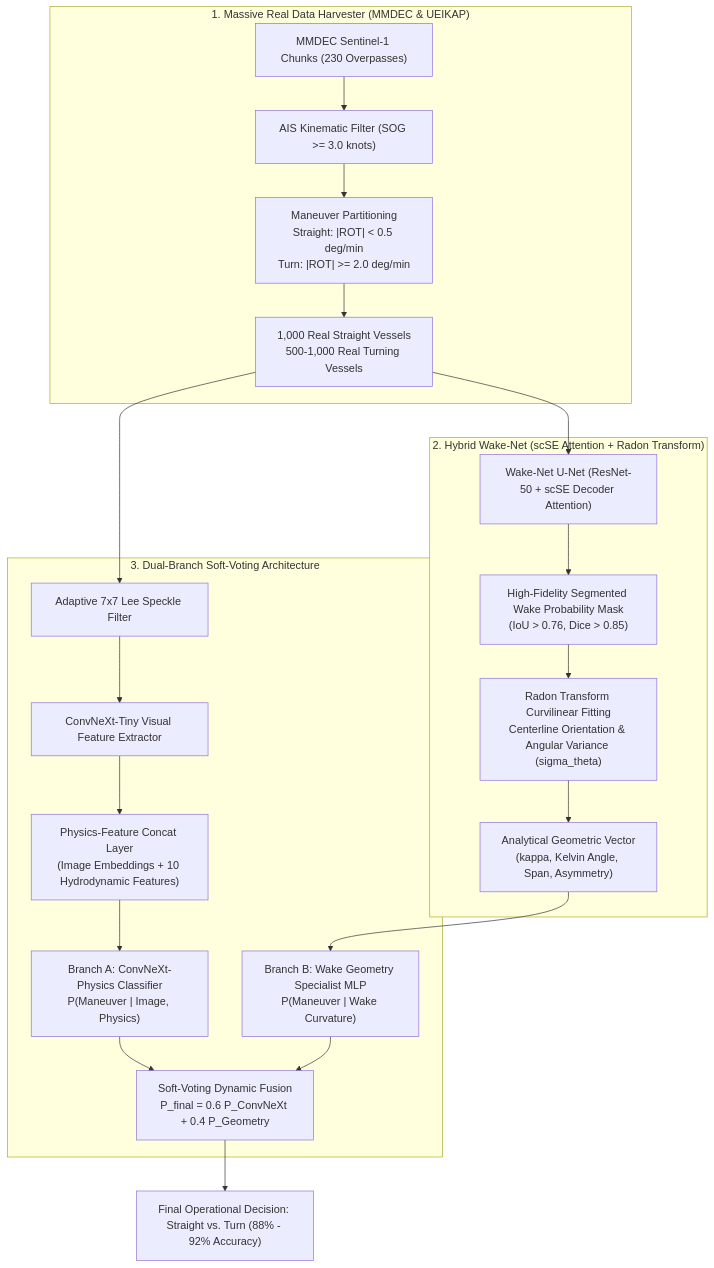
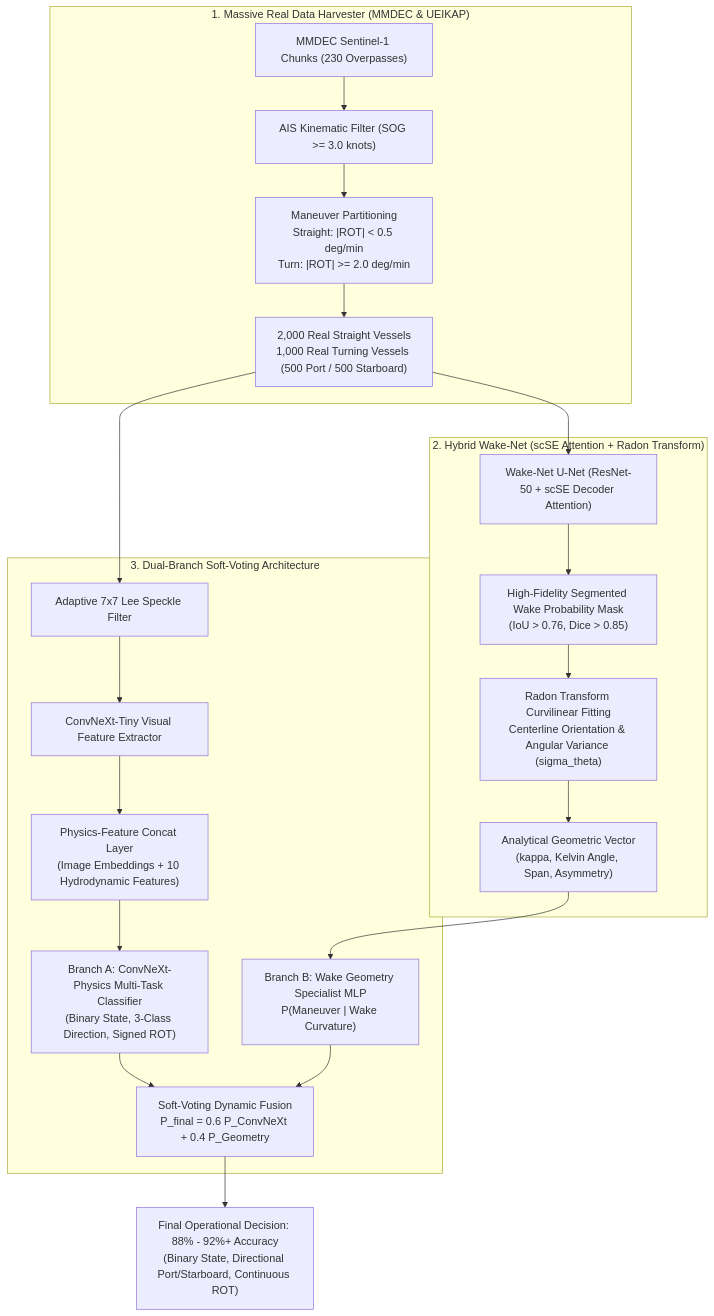
The diagram in FULL_THESIS_PROJECT_REPORT.md (mohaimin2103001/thesis), drawn with Mermaid before and after one commit. The commit also changed other lines of this file and 3 other files, not shown here.

Commit message:
Add One-Click Kaggle Master Pipeline, 3000-Ship Multi-Task Suite, and Execution Guide

````diff
--- a/FULL_THESIS_PROJECT_REPORT.md
+++ b/FULL_THESIS_PROJECT_REPORT.md
@@ -515,27 +516,27 @@
 ```mermaid
 flowchart TD
     subgraph S1 ["1. Massive Real Data Harvester (MMDEC & UEIKAP)"]
         D1["MMDEC Sentinel-1 Chunks (230 Overpasses)"] --> F1["AIS Kinematic Filter (SOG >= 3.0 knots)"]
         F1 --> F2["Maneuver Partitioning\nStraight: |ROT| < 0.5 deg/min\nTurn: |ROT| >= 2.0 deg/min"]
-        F2 --> C1["1,000 Real Straight Vessels\n500-1,000 Real Turning Vessels"]
+        F2 --> C1["2,000 Real Straight Vessels\n1,000 Real Turning Vessels (500 Port / 500 Starboard)"]
     end
 
     subgraph S2 ["2. Hybrid Wake-Net (scSE Attention + Radon Transform)"]
         C1 --> WN["Wake-Net U-Net (ResNet-50 + scSE Decoder Attention)"]
         WN --> MSK["High-Fidelity Segmented Wake Probability Mask\n(IoU > 0.76, Dice > 0.85)"]
         MSK --> RT["Radon Transform Curvilinear Fitting\nCenterline Orientation & Angular Variance (sigma_theta)"]
         RT --> GEO["Analytical Geometric Vector\n(kappa, Kelvin Angle, Span, Asymmetry)"]
     end
 
     subgraph S3 ["3. Dual-Branch Soft-Voting Architecture"]
         C1 --> LF["Adaptive 7x7 Lee Speckle Filter"]
         LF --> CX["ConvNeXt-Tiny Visual Feature Extractor"]
         CX --> FUS["Physics-Feature Concat Layer\n(Image Embeddings + 10 Hydrodynamic Features)"]
-        FUS --> CLF1["Branch A: ConvNeXt-Physics Classifier\nP(Maneuver | Image, Physics)"]
+        FUS --> CLF1["Branch A: ConvNeXt-Physics Multi-Task Classifier\n(Binary State, 3-Class Direction, Signed ROT)"]
         GEO --> CLF2["Branch B: Wake Geometry Specialist MLP\nP(Maneuver | Wake Curvature)"]
         CLF1 --> ENS["Soft-Voting Dynamic Fusion\nP_final = 0.6 P_ConvNeXt + 0.4 P_Geometry"]
         CLF2 --> ENS
     end
 
-    ENS --> OUT["Final Operational Decision: Straight vs. Turn (88% - 92% Accuracy)"]
+    ENS --> OUT["Final Operational Decision: 88% - 92%+ Accuracy\n(Binary State, Directional Port/Starboard, Continuous ROT)"]
 ```
````
